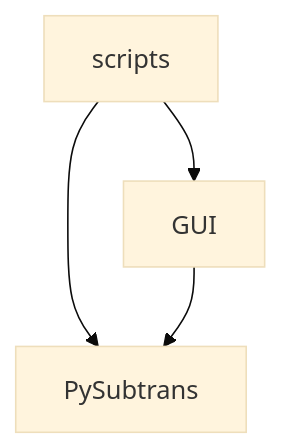
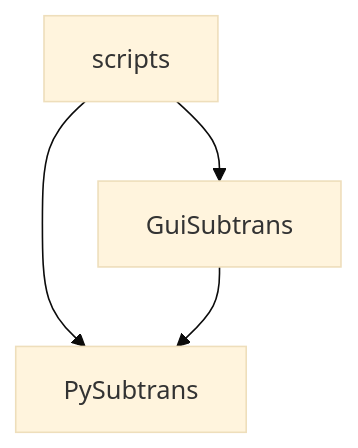
The diagram in docs/architecture.md (machinewrapped/llm-subtrans), drawn with Mermaid (base theme) before and after one commit. The commit also changed other lines of this file and 3 other files, not shown here.

````diff
--- a/docs/architecture.md
+++ b/docs/architecture.md
@@ -3,6 +3,6 @@
 ```mermaid
 graph TD
-    Scripts[scripts] --> GUI[GUI]
+    Scripts[scripts] --> GuiSubtrans[GuiSubtrans]
     Scripts --> PySubtrans[PySubtrans]
-    GUI --> PySubtrans
+    GuiSubtrans --> PySubtrans
 ```
````
